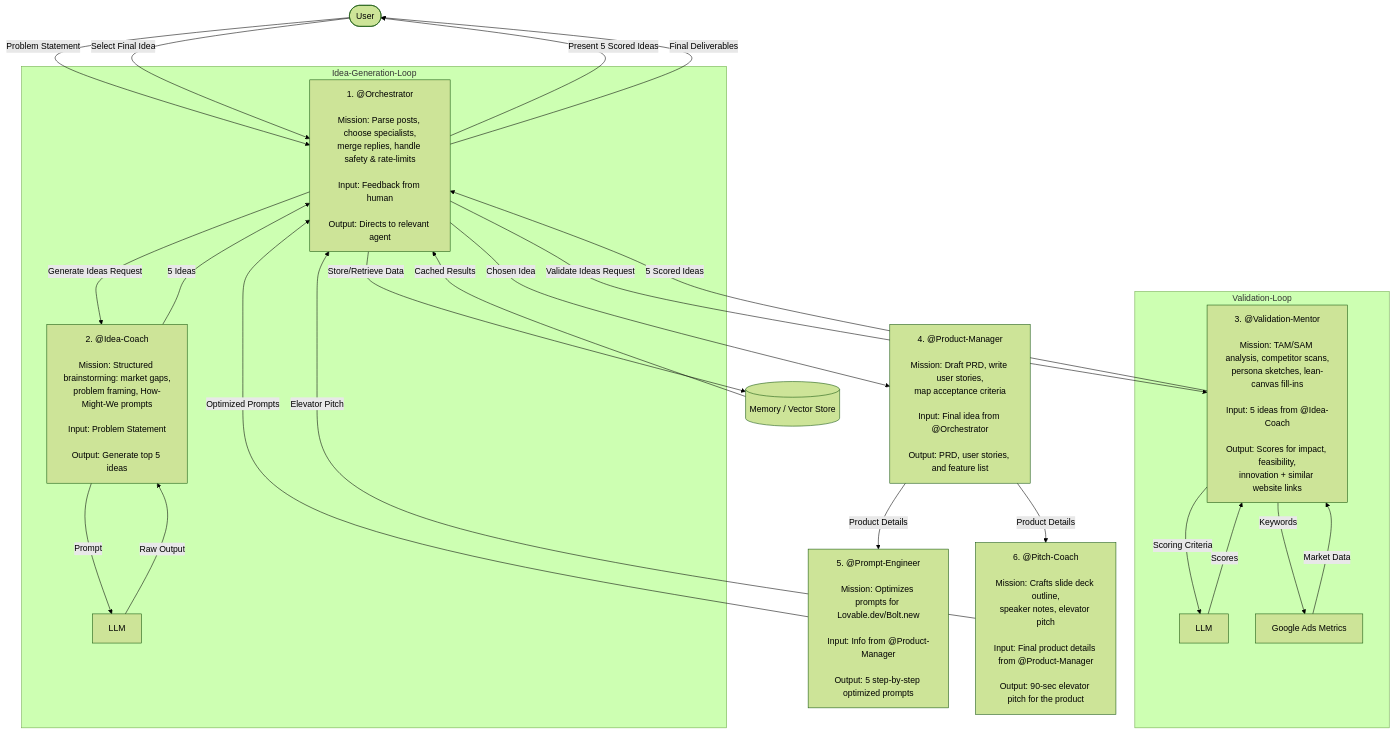
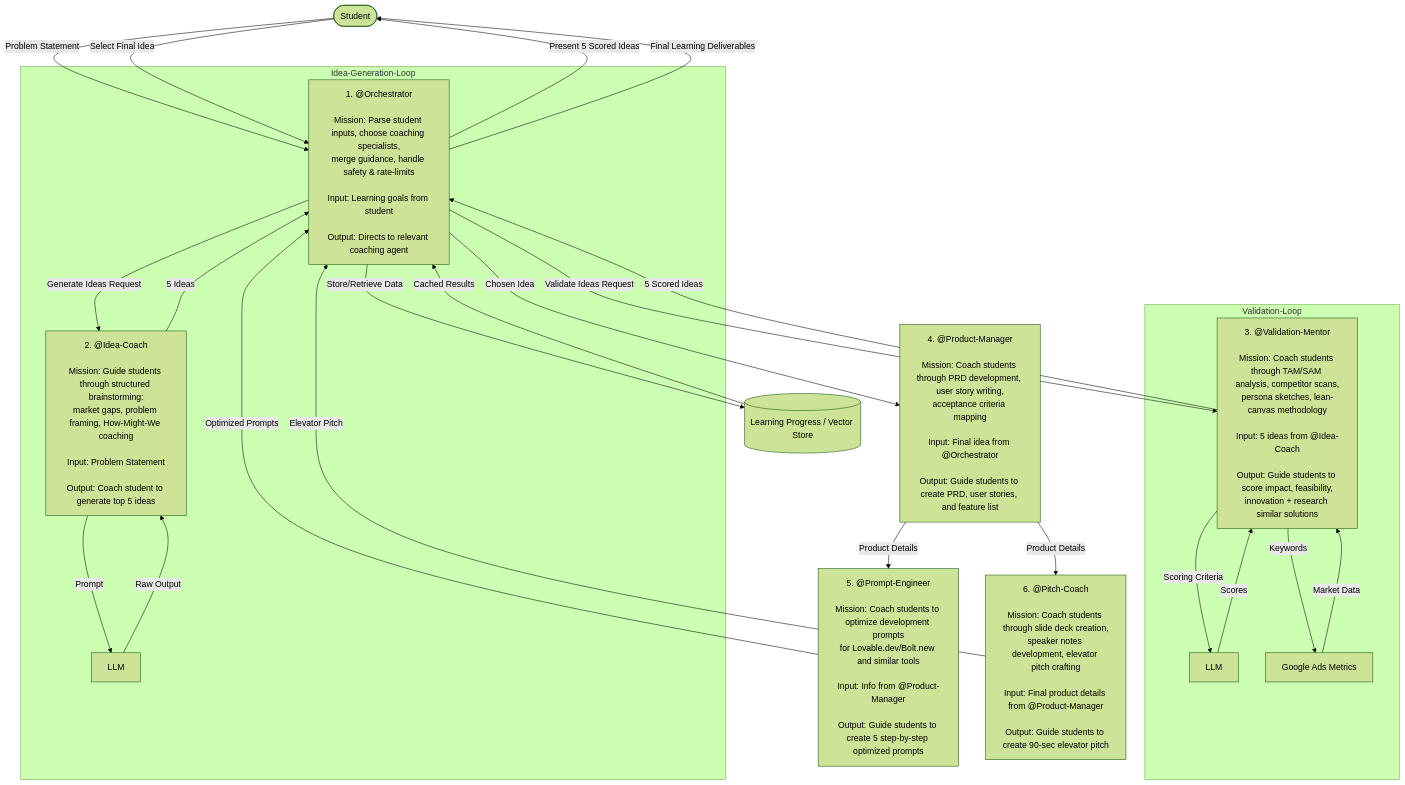
Before and after one commit to gies-ai-experiments/VentureBot: the diagram in multiagent_workflow.md, drawn with Mermaid (forest theme). The commit also changed other lines of this file and 22 other files, not shown here.

First line of the commit message:
🚀 Rebrand to VentureBots and restructure directory architecture

````diff
--- a/multiagent_workflow.md
+++ b/multiagent_workflow.md
@@ -1,38 +5,38 @@
 ```mermaid
 %%{init: {'flowchart': {'useHtmlLabels': true}}}%%
 flowchart TD
-    User([User]) -->|Problem Statement| Node1
+    Student([Student]) -->|Problem Statement| Node1
     
-    Node1[1. @Orchestrator<br><br>Mission: Parse posts, choose specialists,<br>merge replies, handle safety & rate-limits<br><br>Input: Feedback from human<br><br>Output: Directs to relevant agent] -->|Store/Retrieve Data| Memory[(Memory / Vector Store)]
+    Node1[1. @Orchestrator<br><br>Mission: Parse student inputs, choose coaching specialists,<br>merge guidance, handle safety & rate-limits<br><br>Input: Learning goals from student<br><br>Output: Directs to relevant coaching agent] -->|Store/Retrieve Data| Memory[(Learning Progress / Vector Store)]
     Memory -->|Cached Results| Node1
     
     subgraph Idea-Generation-Loop
-        Node1 -->|Generate Ideas Request| Node2[2. @Idea-Coach<br><br>Mission: Structured brainstorming: market gaps,<br>problem framing, How-Might-We prompts<br><br>Input: Problem Statement<br><br>Output: Generate top 5 ideas]
+        Node1 -->|Generate Ideas Request| Node2[2. @Idea-Coach<br><br>Mission: Guide students through structured brainstorming:<br>market gaps, problem framing, How-Might-We coaching<br><br>Input: Problem Statement<br><br>Output: Coach student to generate top 5 ideas]
         Node2 -->|Prompt| LLM1[LLM]
         LLM1 -->|Raw Output| Node2
         Node2 -->|5 Ideas| Node1
     end
     
     subgraph Validation-Loop
-        Node1 -->|Validate Ideas Request| Node3[3. @Validation-Mentor<br><br>Mission: TAM/SAM analysis, competitor scans,<br>persona sketches, lean-canvas fill-ins<br><br>Input: 5 ideas from @Idea-Coach<br><br>Output: Scores for impact, feasibility,<br>innovation + similar website links]
+        Node1 -->|Validate Ideas Request| Node3[3. @Validation-Mentor<br><br>Mission: Coach students through TAM/SAM analysis, competitor scans,<br>persona sketches, lean-canvas methodology<br><br>Input: 5 ideas from @Idea-Coach<br><br>Output: Guide students to score impact, feasibility,<br>innovation + research similar solutions]
         Node3 -->|Scoring Criteria| LLM2[LLM]
         Node3 -->|Keywords| GoogleAds[Google Ads Metrics]
         GoogleAds -->|Market Data| Node3
         LLM2 -->|Scores| Node3
         Node3 -->|5 Scored Ideas| Node1
     end
     
-    Node1 -->|Present 5 Scored Ideas| User
-    User -->|Select Final Idea| Node1
+    Node1 -->|Present 5 Scored Ideas| Student
+    Student -->|Select Final Idea| Node1
     
-    Node1 -->|Chosen Idea| Node4[4. @Product-Manager<br><br>Mission: Draft PRD, write user stories,<br>map acceptance criteria<br><br>Input: Final idea from @Orchestrator<br><br>Output: PRD, user stories, and feature list]
+    Node1 -->|Chosen Idea| Node4[4. @Product-Manager<br><br>Mission: Coach students through PRD development, user story writing,<br>acceptance criteria mapping<br><br>Input: Final idea from @Orchestrator<br><br>Output: Guide students to create PRD, user stories, and feature list]
     
-    Node4 -->|Product Details| Node5[5. @Prompt-Engineer<br><br>Mission: Optimizes prompts for Lovable.dev/Bolt.new<br><br>Input: Info from @Product-Manager<br><br>Output: 5 step-by-step optimized prompts]
+    Node4 -->|Product Details| Node5[5. @Prompt-Engineer<br><br>Mission: Coach students to optimize development prompts<br>for Lovable.dev/Bolt.new and similar tools<br><br>Input: Info from @Product-Manager<br><br>Output: Guide students to create 5 step-by-step optimized prompts]
     
-    Node4 -->|Product Details| Node6[6. @Pitch-Coach<br><br>Mission: Crafts slide deck outline,<br>speaker notes, elevator pitch<br><br>Input: Final product details from @Product-Manager<br><br>Output: 90-sec elevator pitch for the product]
+    Node4 -->|Product Details| Node6[6. @Pitch-Coach<br><br>Mission: Coach students through slide deck creation,<br>speaker notes development, elevator pitch crafting<br><br>Input: Final product details from @Product-Manager<br><br>Output: Guide students to create 90-sec elevator pitch]
     
     Node5 -->|Optimized Prompts| Node1
     Node6 -->|Elevator Pitch| Node1
     
-    Node1 -->|Final Deliverables| User
+    Node1 -->|Final Learning Deliverables| Student
 ```
````
